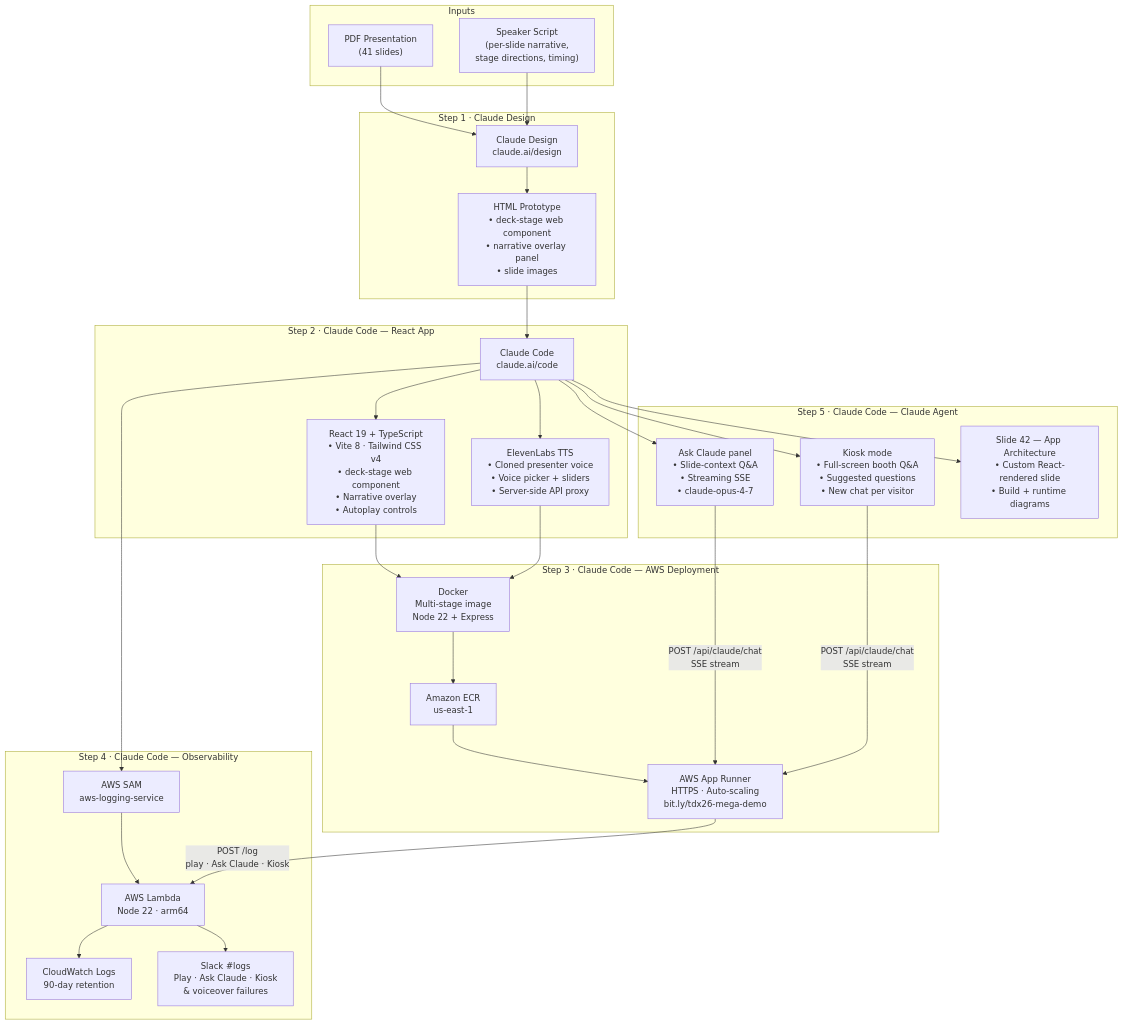
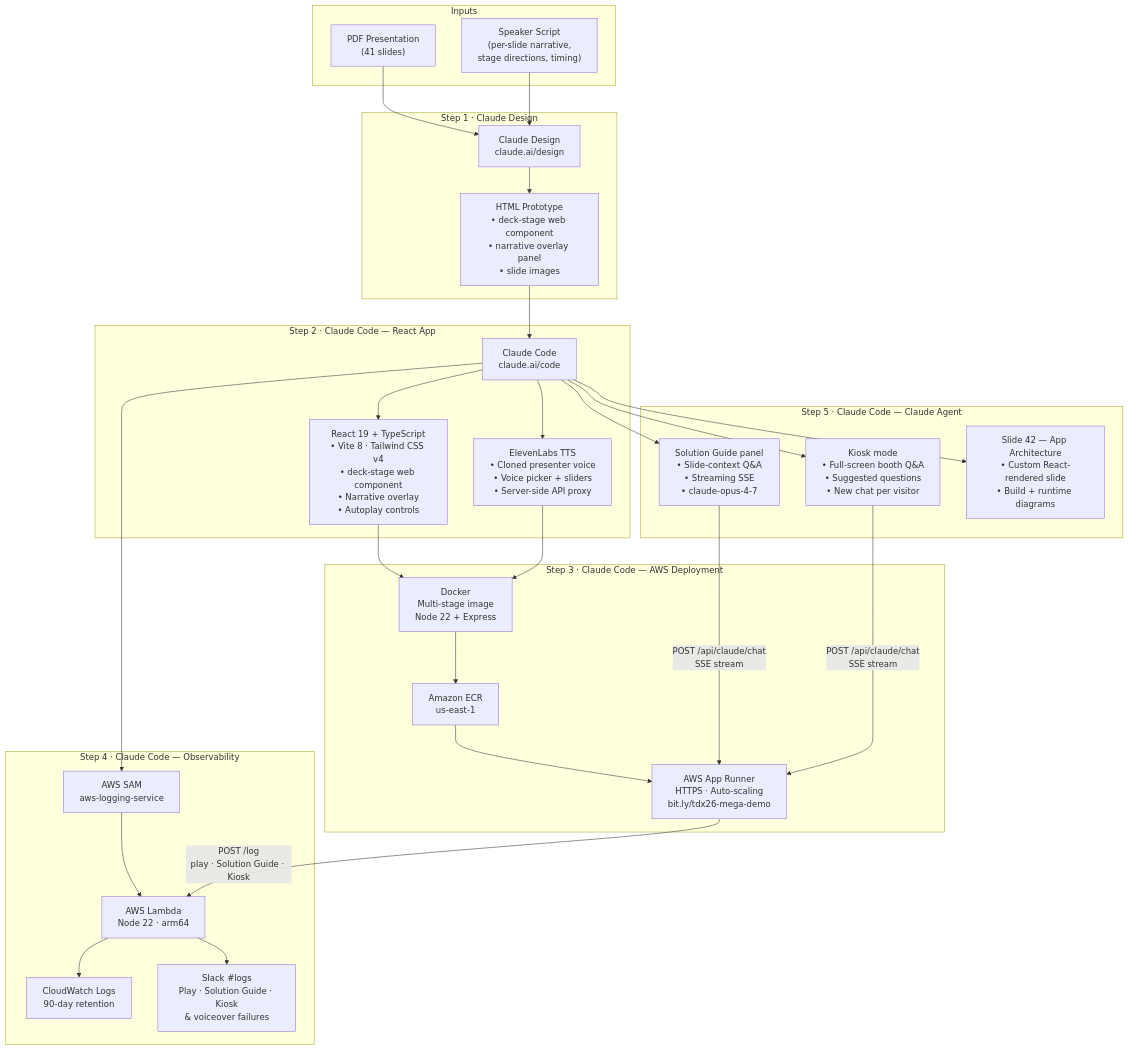
Before and after one commit to congmingwudi/tdx26-mega-demo: the first of 2 diagrams in README.md, drawn with Mermaid. The commit also changed other lines of this file and 11 other files, not shown here.

First line of the commit message:
Add model selector, rename to Solution Guide, reduce SF Models API latency

````diff
--- a/README.md
+++ b/README.md
@@ -56,58 +56,58 @@
 ```mermaid
 flowchart TD
     subgraph Inputs["Inputs"]
         PDF["PDF Presentation\n(41 slides)"]
         SCRIPT["Speaker Script\n(per-slide narrative,\nstage directions, timing)"]
     end
 
     subgraph Design["Step 1 · Claude Design"]
         CD["Claude Design\nclaude.ai/design"]
         PROTO["HTML Prototype\n• deck-stage web component\n• narrative overlay panel\n• slide images"]
     end
 
     subgraph Code["Step 2 · Claude Code — React App"]
         CC["Claude Code\nclaude.ai/code"]
         REACT["React 19 + TypeScript\n• Vite 8 · Tailwind CSS v4\n• deck-stage web component\n• Narrative overlay\n• Autoplay controls"]
         TTS["ElevenLabs TTS\n• Cloned presenter voice\n• Voice picker + sliders\n• Server-side API proxy"]
     end
 
     subgraph Deploy["Step 3 · Claude Code — AWS Deployment"]
         DOCKER["Docker\nMulti-stage image\nNode 22 + Express"]
         ECR["Amazon ECR\nus-east-1"]
         AR["AWS App Runner\nHTTPS · Auto-scaling\nbit.ly/tdx26-mega-demo"]
     end
 
     subgraph Observe["Step 4 · Claude Code — Observability"]
         SAM["AWS SAM\naws-logging-service"]
         LAMBDA["AWS Lambda\nNode 22 · arm64"]
         CW["CloudWatch Logs\n90-day retention"]
-        SLACK["Slack #logs\nPlay · Ask Claude · Kiosk\n& voiceover failures"]
+        SLACK["Slack #logs\nPlay · Solution Guide · Kiosk\n& voiceover failures"]
     end
 
     subgraph Agent["Step 5 · Claude Code — Claude Agent"]
-        ASKCLAUDE["Ask Claude panel\n• Slide-context Q&A\n• Streaming SSE\n• claude-opus-4-7"]
+        ASKCLAUDE["Solution Guide panel\n• Slide-context Q&A\n• Streaming SSE\n• claude-opus-4-7"]
         KIOSK["Kiosk mode\n• Full-screen booth Q&A\n• Suggested questions\n• New chat per visitor"]
         ARCHSLIDE["Slide 42 — App Architecture\n• Custom React-rendered slide\n• Build + runtime diagrams"]
     end
 
     PDF --> CD
     SCRIPT --> CD
     CD --> PROTO
     PROTO --> CC
     CC --> REACT
     CC --> TTS
     REACT --> DOCKER
     TTS --> DOCKER
     DOCKER --> ECR
     ECR --> AR
     CC --> SAM
     SAM --> LAMBDA
     LAMBDA --> CW
     LAMBDA --> SLACK
-    AR -->|"POST /log\nplay · Ask Claude · Kiosk"| LAMBDA
+    AR -->|"POST /log\nplay · Solution Guide · Kiosk"| LAMBDA
     CC --> ASKCLAUDE
     CC --> KIOSK
     CC --> ARCHSLIDE
     ASKCLAUDE -->|"POST /api/claude/chat\nSSE stream"| AR
     KIOSK -->|"POST /api/claude/chat\nSSE stream"| AR
 ```
````
